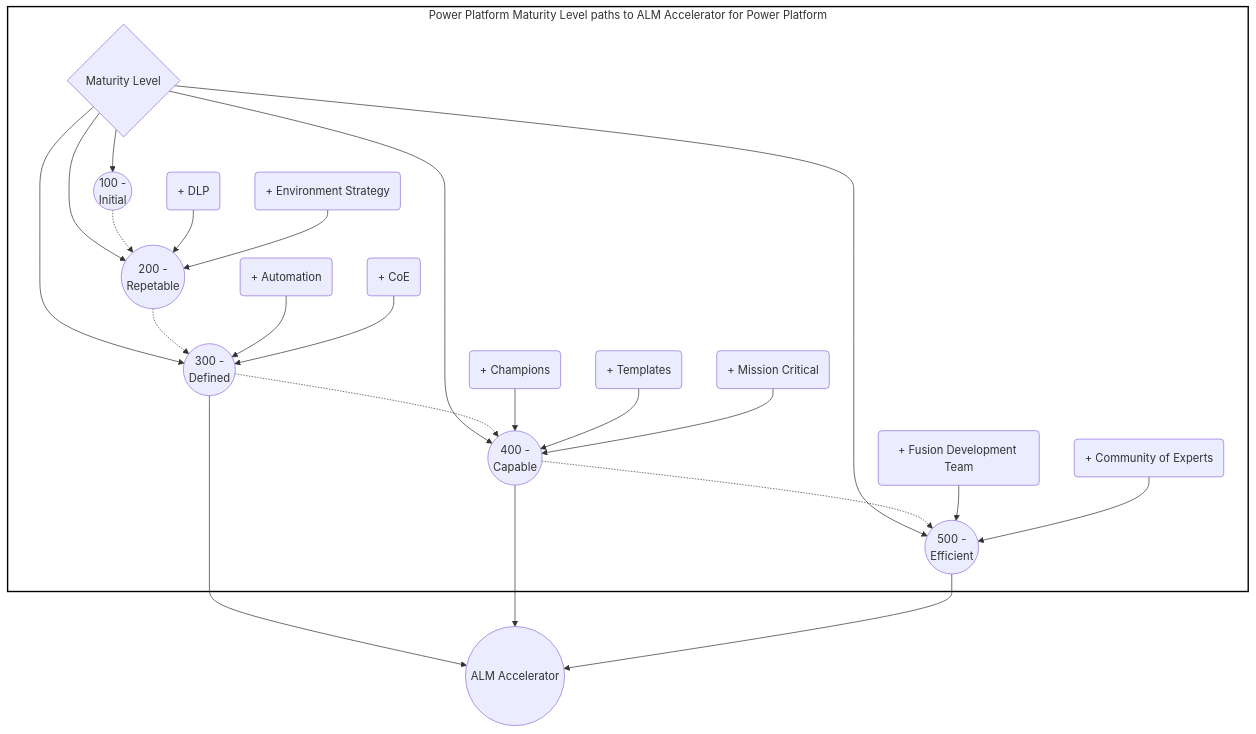
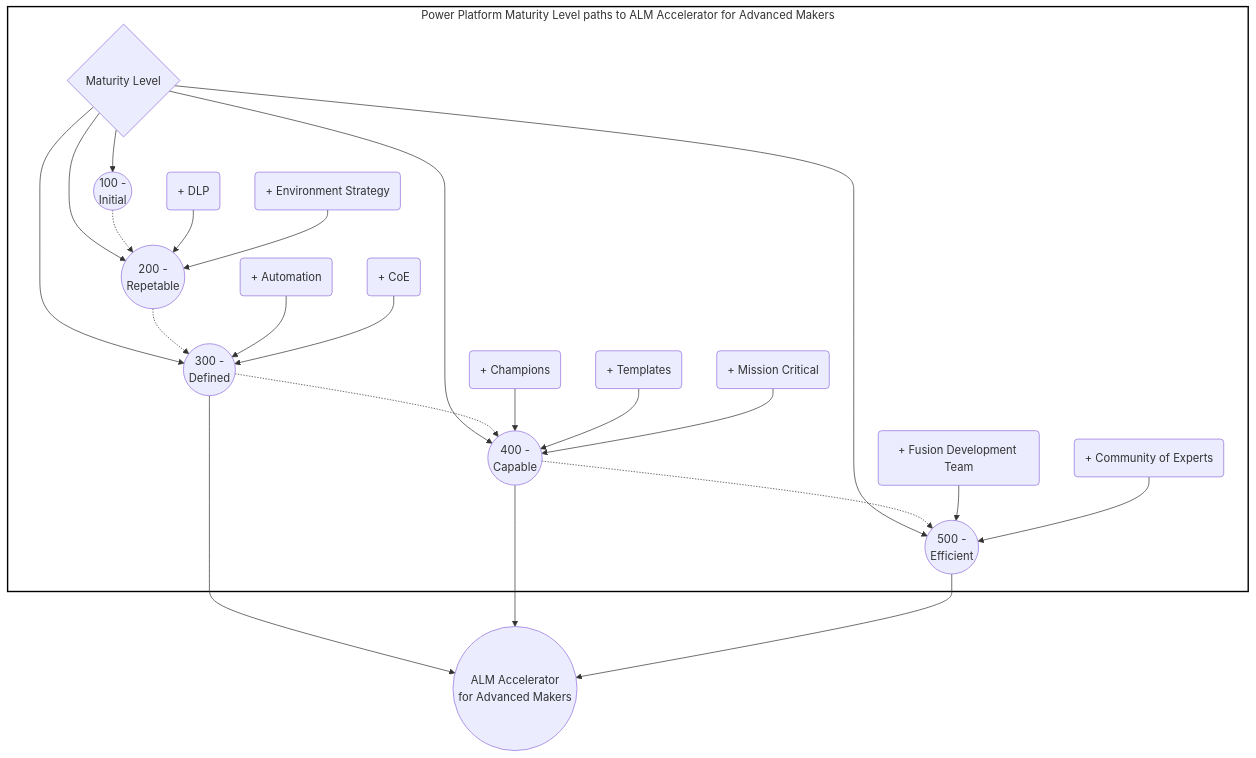
One commit to microsoft/coe-starter-kit changed the diagram in coe-cli/docs/alm/maturity/maturity.mmd. Above: the diagram before and after it, drawn with Mermaid. The commit also changed 35 other files, not shown here.

```diff
--- a/coe-cli/docs/alm/maturity/maturity.mmd
+++ b/coe-cli/docs/alm/maturity/maturity.mmd
@@ -1,36 +1,36 @@
 graph
 
-    subgraph maturity[Power Platform Maturity Level paths to ALM Accelerator for Power Platform]
+    subgraph maturity[Power Platform Maturity Level paths to ALM Accelerator for Advanced Makers]
         M{Maturity Level}
         M --> 100((100 - <br/>Initial))
         M ---> 200((200 - <br/>Repetable))
         M ---> 300((300 - <br/>Defined))
         M ---> 400((400 - <br/>Capable))
         M ---> 500((500 - <br/>Efficient))
 
         100 -.-> 200
         200 -.-> 300
         300 -.-> 400
         400 -.-> 500
 
         DLP(+ DLP) --> 200
         Environment(+ Environment Strategy) --> 200 
 
         Automation(+ Automation) --> 300 
         CoE(+ CoE) --> 300
 
         Champions(+ Champions) --> 400 
         Templates(+ Templates) --> 400 
         MissionCritical(+ Mission Critical) --> 400
 
         Team(+ Fusion Development Team) --> 500
         Experts(+ Community of Experts) --> 500
     end
 
     style maturity fill:transparent,stroke:black,stroke-width:2px
 
-    ALM((ALM Accelerator))
+    AA4AM((ALM Accelerator <br/>for Advanced Makers))
 
-    300 --> ALM
-    400 --> ALM
-    500 --> ALM
+    300 --> AA4AM
+    400 --> AA4AM
+    500 --> AA4AM
```
